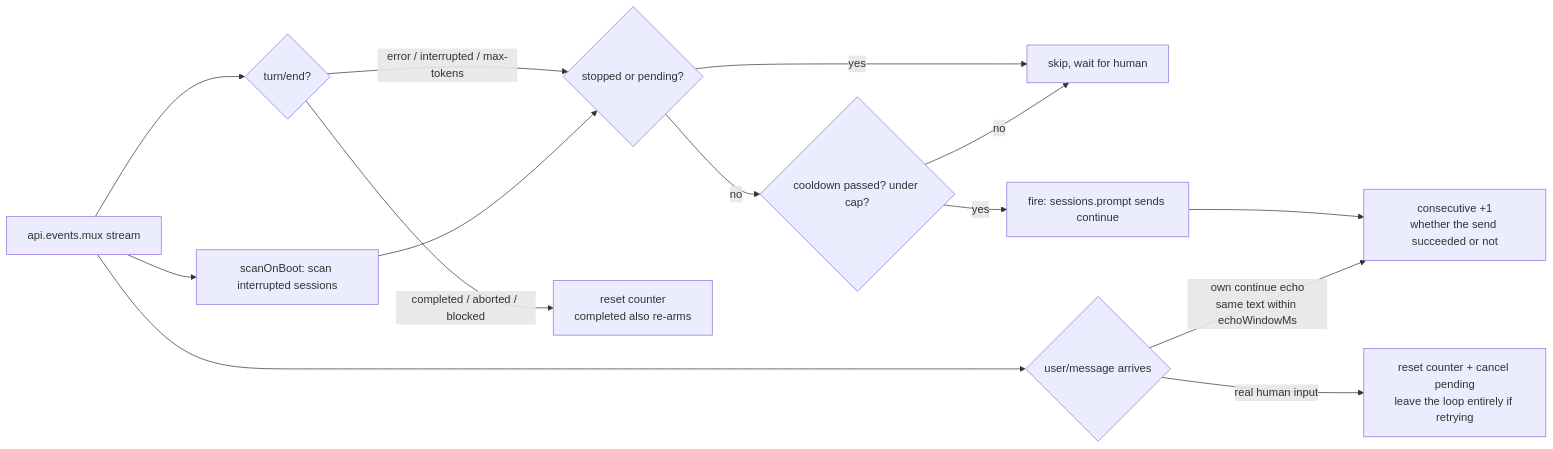
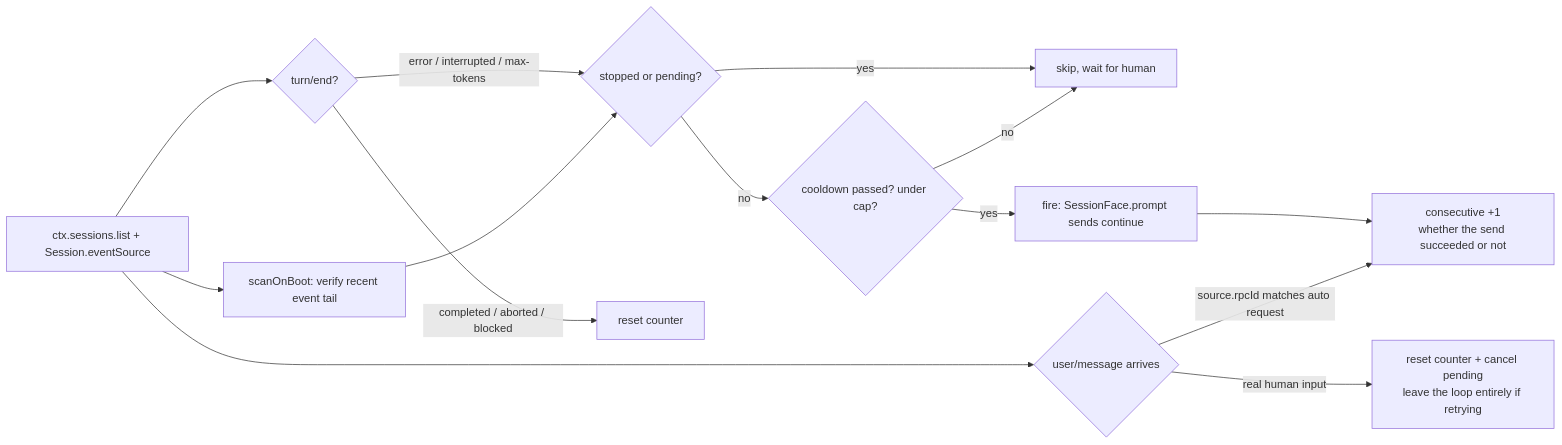
One commit to Frog755/dsh-client-auto-retry changed the diagram in README-EN.md. Above: the diagram before and after it, drawn with Mermaid. The commit also changed other lines of this file and 9 other files, not shown here.

````diff
--- a/README-EN.md
+++ b/README-EN.md
@@ -115,15 +116,15 @@
 ```mermaid
 flowchart LR
-    A[api.events.mux stream] --> B{turn/end?}
+    A[ctx.sessions.list + Session.eventSource] --> B{turn/end?}
     B -- "error / interrupted / max-tokens" --> C{stopped or pending?}
     C -- yes --> D[skip, wait for human]
     C -- no --> E{cooldown passed? under cap?}
     E -- no --> D
-    E -- yes --> F[fire: sessions.prompt sends continue]
+    E -- yes --> F[fire: SessionFace.prompt sends continue]
     F --> G[consecutive +1<br/>whether the send succeeded or not]
     A --> H{user/message arrives}
-    H -- own continue echo<br/>same text within echoWindowMs --> G
+    H -- source.rpcId matches auto request --> G
     H -- real human input --> I[reset counter + cancel pending<br/>leave the loop entirely if retrying]
-    A --> J[scanOnBoot: scan interrupted sessions] --> C
-    B -- "completed / aborted / blocked" --> K[reset counter<br/>completed also re-arms]
+    A --> J[scanOnBoot: verify recent event tail] --> C
+    B -- "completed / aborted / blocked" --> K[reset counter]
 ```
````
